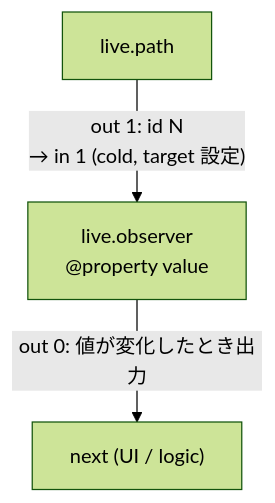
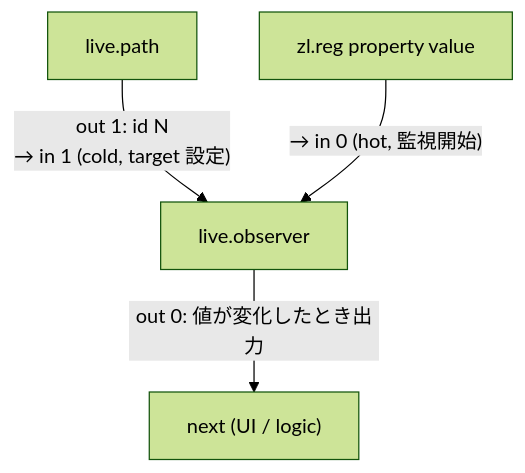
Before and after one commit to signalcompose/maxmcp: the fourth of 5 diagrams in plugins/maxmcp/skills/m4l-techniques/reference/live-object-model.md, drawn with Mermaid (forest theme). The commit also changed other lines of this file and 19 other files, not shown here.

````diff
--- a/plugins/maxmcp/skills/m4l-techniques/reference/live-object-model.md
+++ b/plugins/maxmcp/skills/m4l-techniques/reference/live-object-model.md
@@ -173,5 +173,6 @@
 ```mermaid
 flowchart TD
-  lp["live.path"] -- "out 1: id N<br/>→ in 1 (cold, target 設定)" --> lobs["live.observer<br/>@property value"]
+  lp["live.path"] -- "out 1: id N<br/>→ in 1 (cold, target 設定)" --> lobs["live.observer"]
+  zr["zl.reg property value"] -- "→ in 0 (hot, 監視開始)" --> lobs
   lobs -- "out 0: 値が変化したとき出力" --> dn["next (UI / logic)"]
 ```
````
